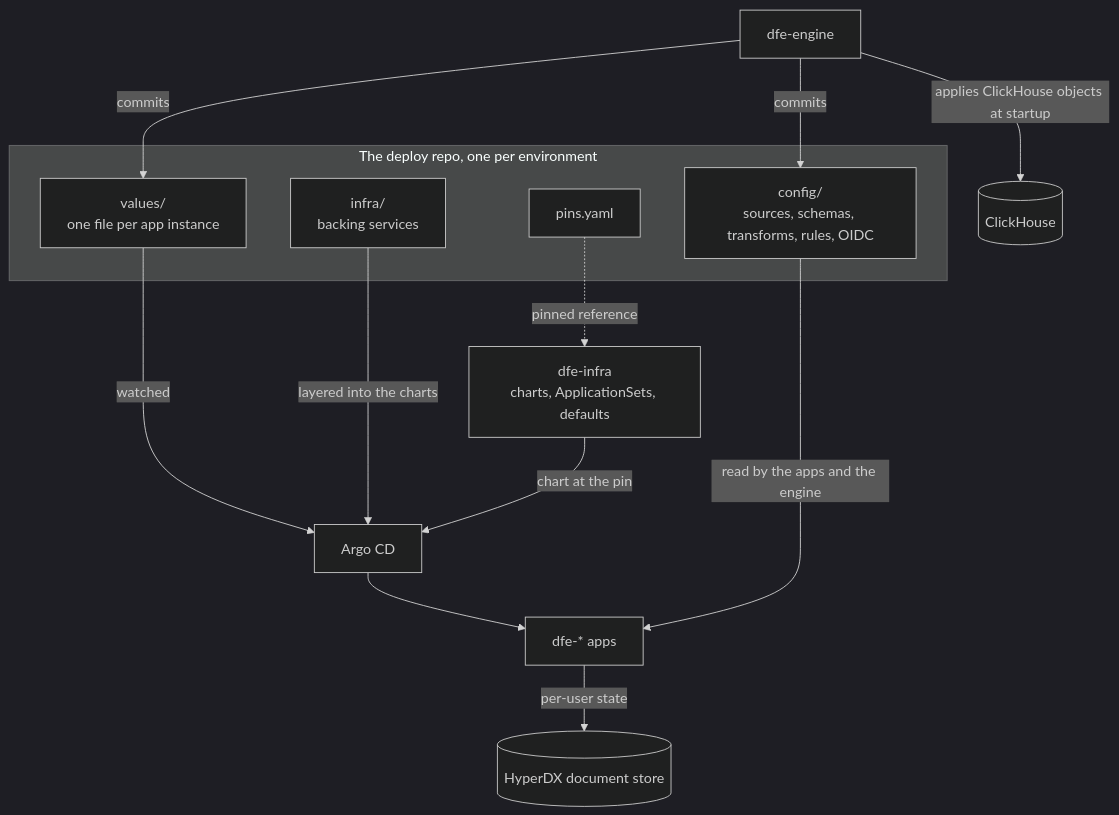
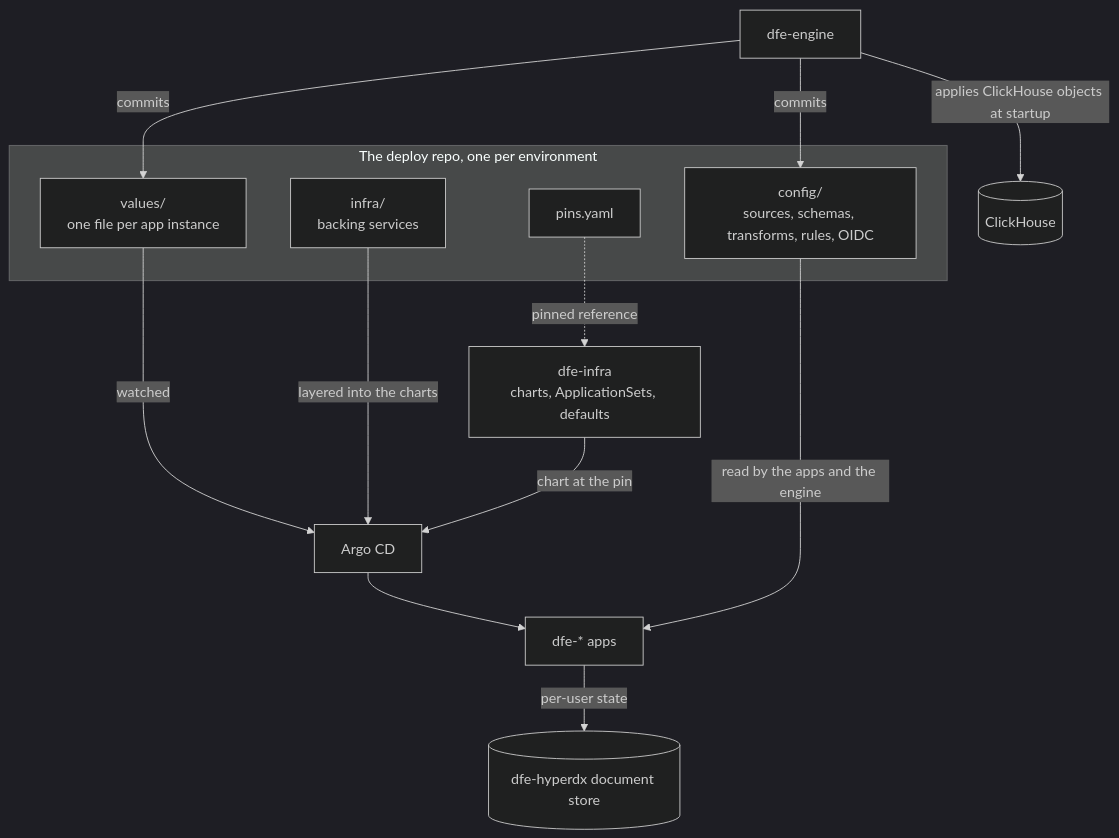
Before and after one commit to hyperi-io/dfe-infra: the diagram in docs/deployment/state-and-repos.md, drawn with Mermaid (dark theme). The commit also changed other lines of this file and 24 other files, not shown here.

First line of the commit message:
fix(docs): call the search component dfe-hyperdx in the technical docs

````diff
--- a/docs/deployment/state-and-repos.md
+++ b/docs/deployment/state-and-repos.md
@@ -25,26 +25,26 @@
 ```mermaid
 flowchart TB
     INFRA["dfe-infra<br/>charts, ApplicationSets, defaults"]
     subgraph DEPLOY["The deploy repo, one per environment"]
         PINS["pins.yaml"]
         VALUES["values/<br/>one file per app instance"]
         INFRADIR["infra/<br/>backing services"]
         CONFIG["config/<br/>sources, schemas, transforms, rules, OIDC"]
     end
     ENGINE["dfe-engine"]
     ARGO["Argo CD"]
     APPS["dfe-* apps"]
     CH[("ClickHouse")]
-    DOCDB[("HyperDX document store")]
+    DOCDB[("dfe-hyperdx document store")]
 
     PINS -. "pinned reference" .-> INFRA
     ENGINE -->|"commits"| VALUES
     ENGINE -->|"commits"| CONFIG
     VALUES -->|"watched"| ARGO
     INFRADIR -->|"layered into the charts"| ARGO
     INFRA -->|"chart at the pin"| ARGO
     ARGO --> APPS
     CONFIG -->|"read by the apps and the engine"| APPS
     ENGINE -->|"applies ClickHouse objects at startup"| CH
     APPS -->|"per-user state"| DOCDB
 ```
````
